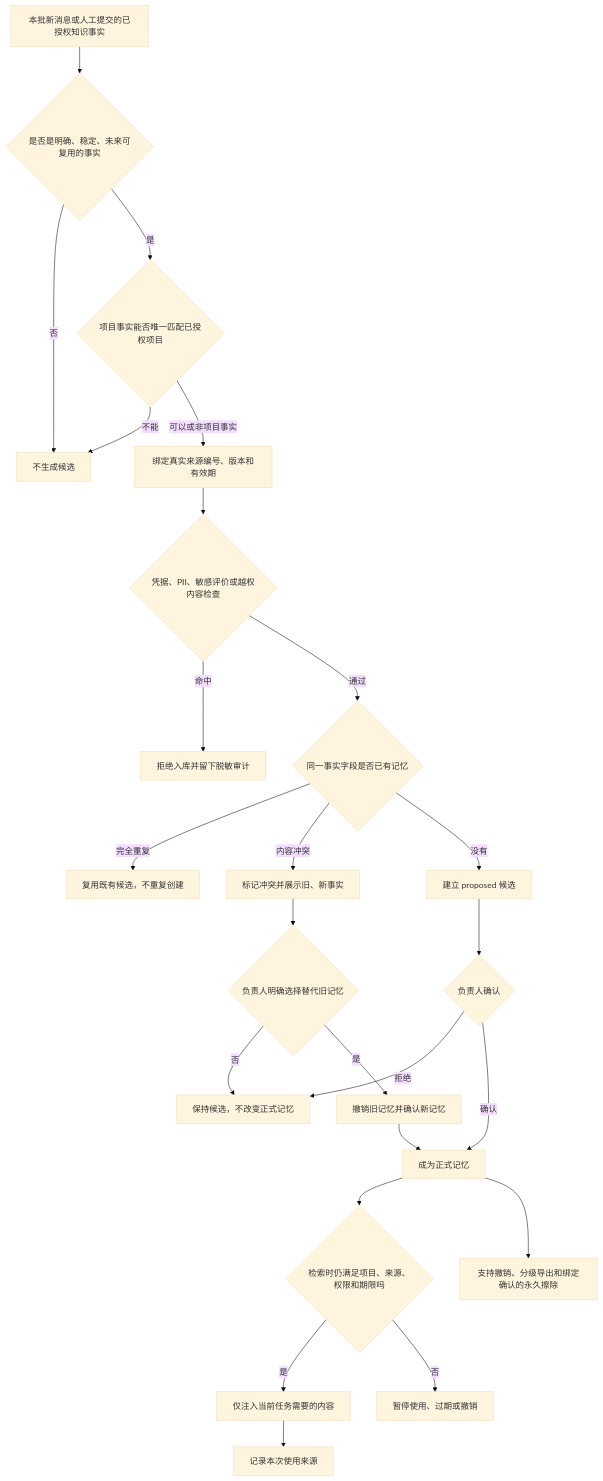
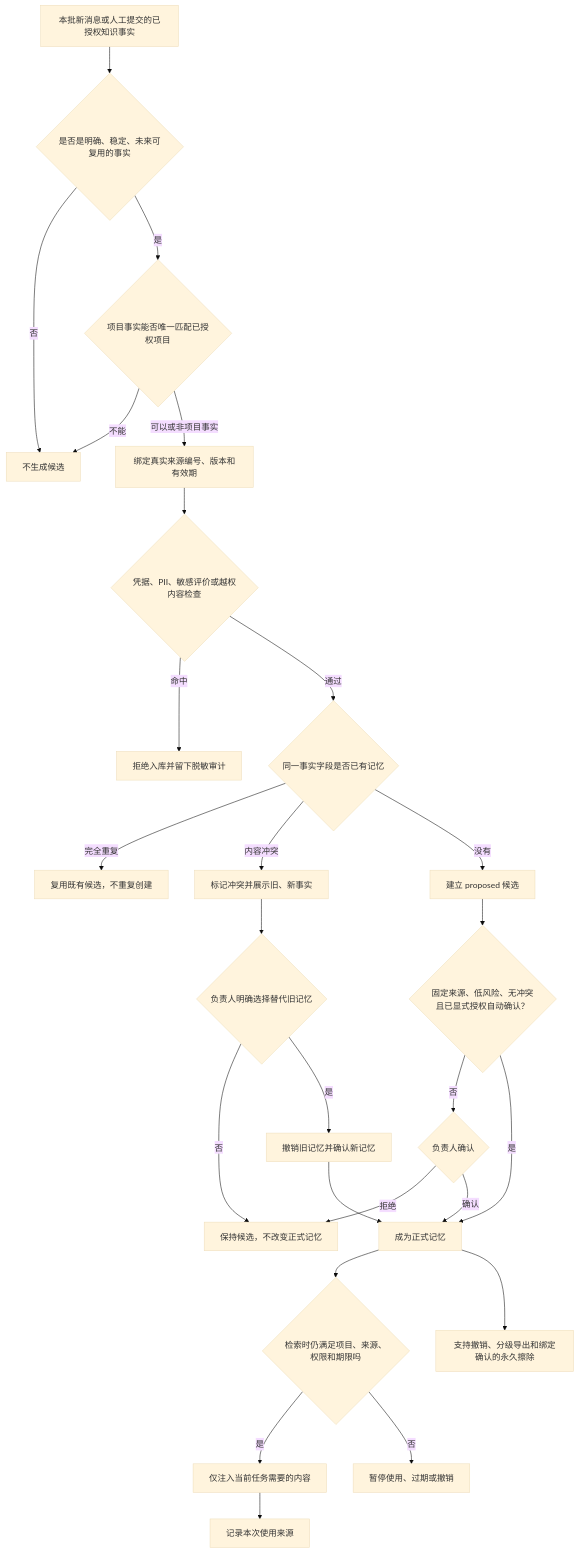
Before and after one commit to ruiwang20010702/ai-employee: the second of 3 diagrams in docs/能力清单与正式记忆.md, drawn with Mermaid (base theme). The commit also changed other lines of this file and 43 other files, not shown here.

````diff
--- a/docs/能力清单与正式记忆.md
+++ b/docs/能力清单与正式记忆.md
@@ -31,26 +31,28 @@
 ```mermaid
 flowchart TD
     A["本批新消息或人工提交的已授权知识事实"] --> B{"是否是明确、稳定、未来可复用的事实"}
     B -->|"否"| B1["不生成候选"]
     B -->|"是"| C{"项目事实能否唯一匹配已授权项目"}
     C -->|"不能"| B1
     C -->|"可以或非项目事实"| D["绑定真实来源编号、版本和有效期"]
     D --> E{"凭据、PII、敏感评价或越权内容检查"}
     E -->|"命中"| E1["拒绝入库并留下脱敏审计"]
     E -->|"通过"| F{"同一事实字段是否已有记忆"}
     F -->|"完全重复"| F1["复用既有候选，不重复创建"]
     F -->|"内容冲突"| G["标记冲突并展示旧、新事实"]
     F -->|"没有"| H["建立 proposed 候选"]
     G --> I{"负责人明确选择替代旧记忆"}
-    H --> J{"负责人确认"}
+    H --> J0{"固定来源、低风险、无冲突且已显式授权自动确认？"}
+    J0 -->|"否"| J{"负责人确认"}
+    J0 -->|"是"| M["成为正式记忆"]
     I -->|"否"| K["保持候选，不改变正式记忆"]
     I -->|"是"| L["撤销旧记忆并确认新记忆"]
     J -->|"拒绝"| K
-    J -->|"确认"| M["成为正式记忆"]
+    J -->|"确认"| M
     L --> M
     M --> N{"检索时仍满足项目、来源、权限和期限吗"}
     N -->|"是"| O["仅注入当前任务需要的内容"]
     N -->|"否"| P["暂停使用、过期或撤销"]
     O --> Q["记录本次使用来源"]
     M --> R["支持撤销、分级导出和绑定确认的永久擦除"]
 ```
````
